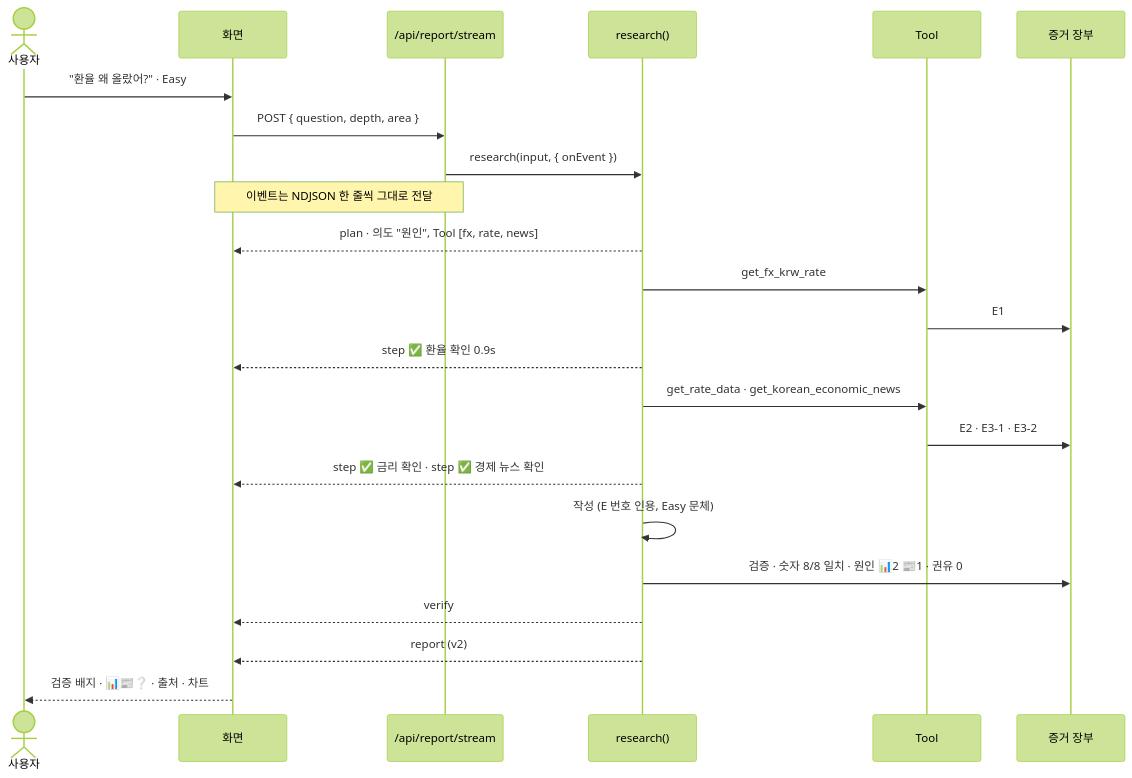
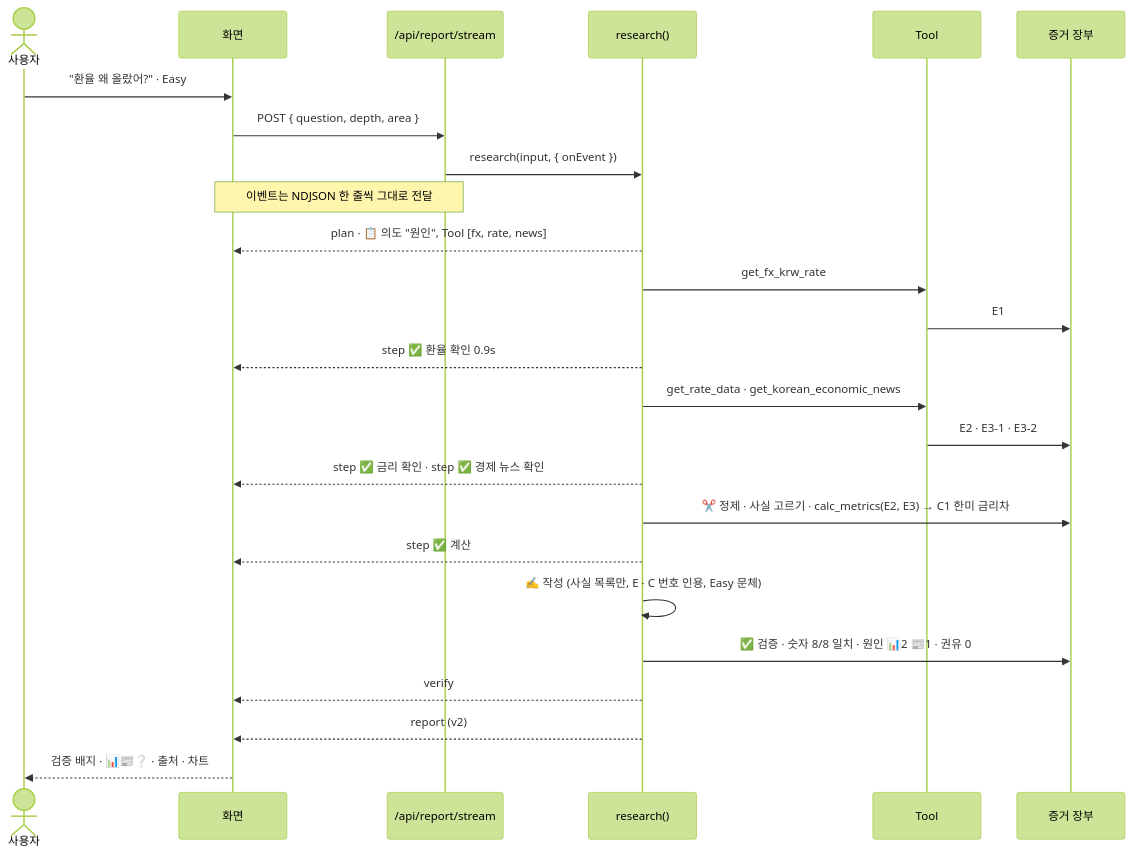
One commit to muffin-lab-it/muffin changed the second of 3 diagrams in README.md. Above: the diagram before and after it, drawn with Mermaid (forest theme). The commit also changed other lines of this file and 4 other files, not shown here.

````diff
--- a/README.md
+++ b/README.md
@@ -97,26 +103,28 @@
 ```mermaid
 sequenceDiagram
     actor U as 사용자
     participant H as 화면
     participant R as /api/report/stream
     participant A as research()
     participant T as Tool
     participant L as 증거 장부
 
     U->>H: "환율 왜 올랐어?" · Easy
     H->>R: POST { question, depth, area }
     R->>A: research(input, { onEvent })
     Note over R,H: 이벤트는 NDJSON 한 줄씩 그대로 전달
-    A-->>H: plan · 의도 "원인", Tool [fx, rate, news]
+    A-->>H: plan · 📋 의도 "원인", Tool [fx, rate, news]
     A->>T: get_fx_krw_rate
     T->>L: E1
     A-->>H: step ✅ 환율 확인 0.9s
     A->>T: get_rate_data · get_korean_economic_news
     T->>L: E2 · E3-1 · E3-2
     A-->>H: step ✅ 금리 확인 · step ✅ 경제 뉴스 확인
-    A->>A: 작성 (E 번호 인용, Easy 문체)
-    A->>L: 검증 · 숫자 8/8 일치 · 원인 📊2 📰1 · 권유 0
+    A->>L: ✂️ 정제 · 사실 고르기 · calc_metrics(E2, E3) → C1 한미 금리차
+    A-->>H: step ✅ 계산
+    A->>A: ✍️ 작성 (사실 목록만, E · C 번호 인용, Easy 문체)
+    A->>L: ✅ 검증 · 숫자 8/8 일치 · 원인 📊2 📰1 · 권유 0
     A-->>H: verify
     A-->>H: report (v2)
     H-->>U: 검증 배지 · 📊📰❔ · 출처 · 차트
 ```
````
